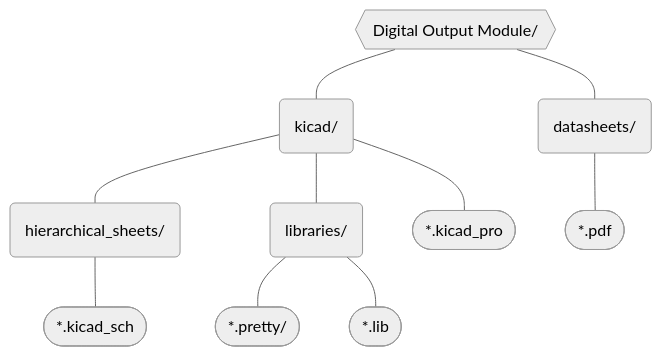
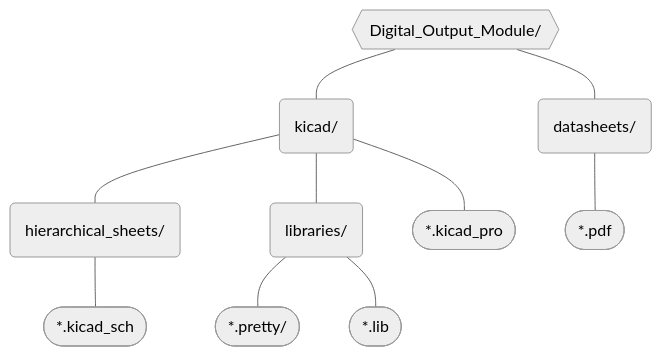
One commit to MSTRocketDesignTeam/TestStand-Instrumentation-PCB changed the diagram in Digital_Output_Module/README.md. Above: the diagram before and after it, drawn with Mermaid (neutral theme). The commit also changed 1 other file, not shown here.

````diff
--- a/Digital_Output_Module/README.md
+++ b/Digital_Output_Module/README.md
@@ -5,12 +5,12 @@
 ```mermaid
 flowchart TD
-1{{Digital Output Module/}} --- 2(kicad/)
+1{{Digital_Output_Module/}} --- 2(kicad/)
 1 --- 3(datasheets/)
 2 --- 4(hierarchical_sheets/)
 2 --- 5(libraries/)
 5 --- 6(["*.pretty/"])
 4 --- 7([*.kicad_sch])
 2 --- 8([*.kicad_pro])
 3 --- 9([*.pdf])
 5 --- 10([*.lib])
 ```
````
